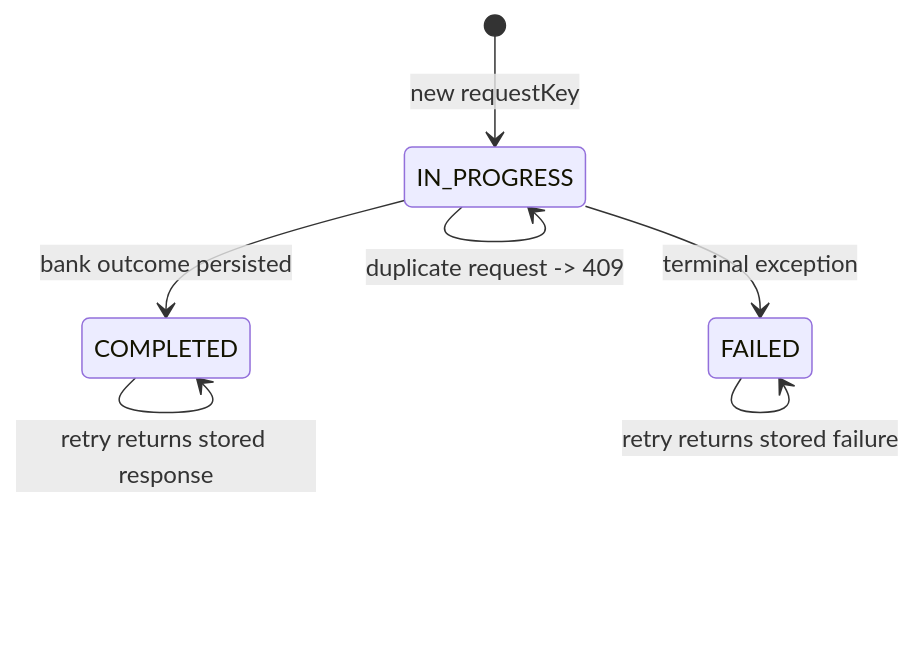
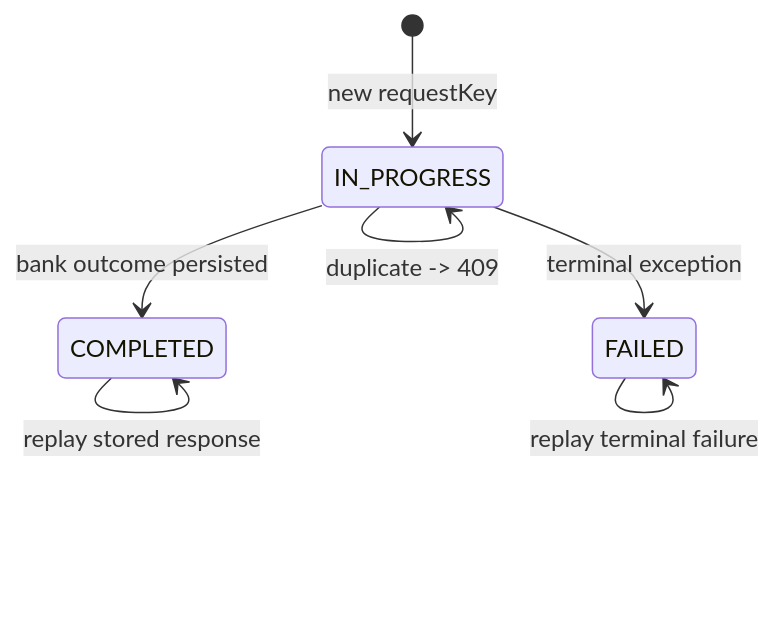
Before and after one commit to huyoyo/payment-gateway-challenge-java: the fourth of 6 diagrams in README.md, drawn with Mermaid. The commit also changed other lines of this file and 73 other files, not shown here.

````diff
--- a/README.md
+++ b/README.md
@@ -231,9 +283,9 @@
 ```mermaid
 stateDiagram-v2
     [*] --> IN_PROGRESS: new requestKey
     IN_PROGRESS --> COMPLETED: bank outcome persisted
     IN_PROGRESS --> FAILED: terminal exception
-    COMPLETED --> COMPLETED: retry returns stored response
-    FAILED --> FAILED: retry returns stored failure
-    IN_PROGRESS --> IN_PROGRESS: duplicate request -> 409
+    COMPLETED --> COMPLETED: replay stored response
+    FAILED --> FAILED: replay terminal failure
+    IN_PROGRESS --> IN_PROGRESS: duplicate -> 409
 ```
````
